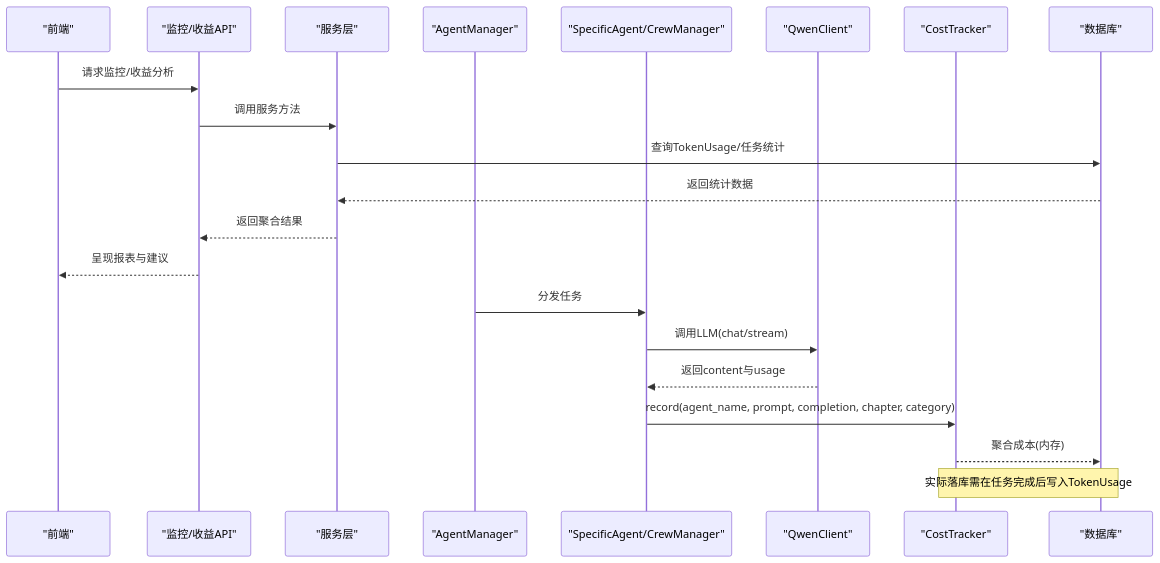
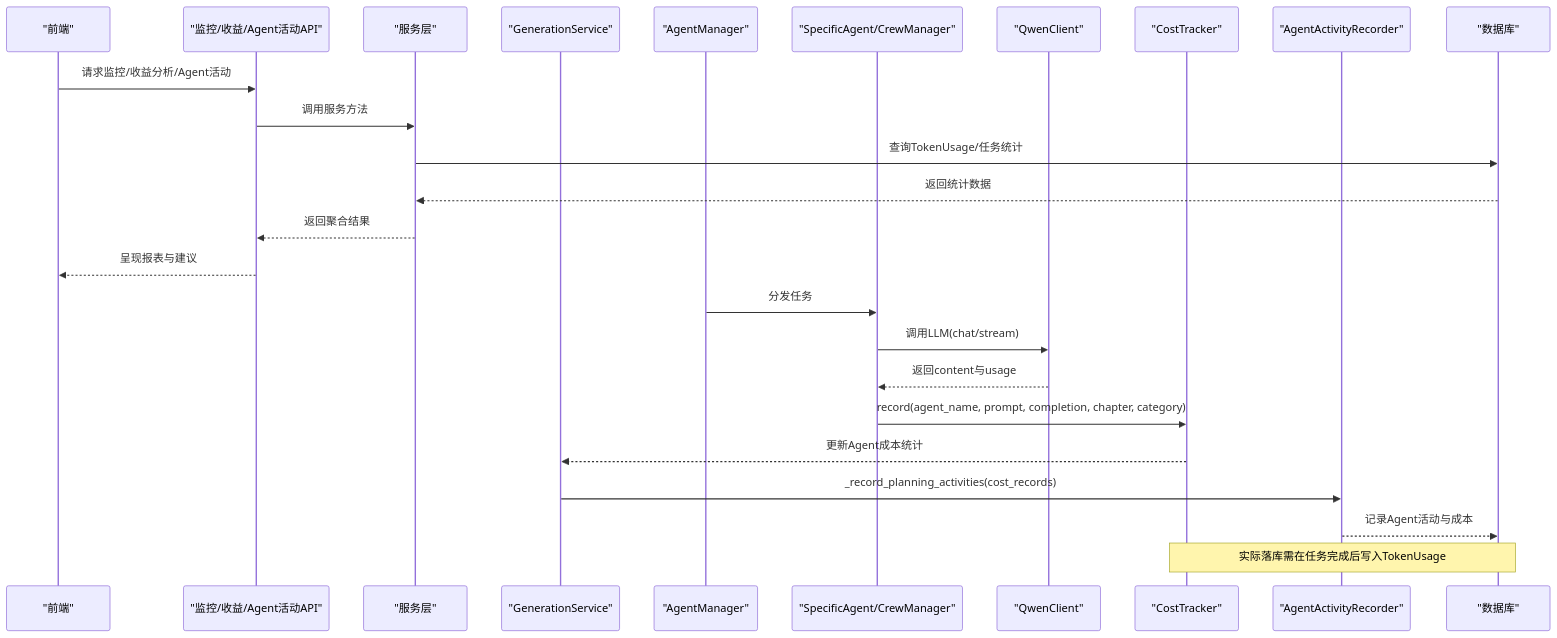
Before and after one commit to xfbyxq/ai-novel-system: the second of 8 diagrams in .qoder/repowiki/zh/content/LLM集成架构/成本追踪系统.md, drawn with Mermaid. The commit also changed other lines of this file and 5 other files, not shown here.

````diff
--- a/.qoder/repowiki/zh/content/LLM集成架构/成本追踪系统.md
+++ b/.qoder/repowiki/zh/content/LLM集成架构/成本追踪系统.md
@@ -131,23 +152,27 @@
 ```mermaid
 sequenceDiagram
 participant FE as "前端"
-participant API as "监控/收益API"
+participant API as "监控/收益/Agent活动API"
 participant SVC as "服务层"
+participant GS as "GenerationService"
 participant AGM as "AgentManager"
 participant AG as "SpecificAgent/CrewManager"
 participant QW as "QwenClient"
 participant CT as "CostTracker"
+participant AR as "AgentActivityRecorder"
 participant DB as "数据库"
-FE->>API : 请求监控/收益分析
+FE->>API : 请求监控/收益分析/Agent活动
 API->>SVC : 调用服务方法
 SVC->>DB : 查询TokenUsage/任务统计
 DB-->>SVC : 返回统计数据
 SVC-->>API : 返回聚合结果
 API-->>FE : 呈现报表与建议
 AGM->>AG : 分发任务
 AG->>QW : 调用LLM(chat/stream)
 QW-->>AG : 返回content与usage
 AG->>CT : record(agent_name, prompt, completion, chapter, category)
-CT-->>DB : 聚合成本(内存)
+CT-->>GS : 更新Agent成本统计
+GS->>AR : _record_planning_activities(cost_records)
+AR-->>DB : 记录Agent活动与成本
 note over CT,DB : 实际落库需在任务完成后写入TokenUsage
 ```
````
